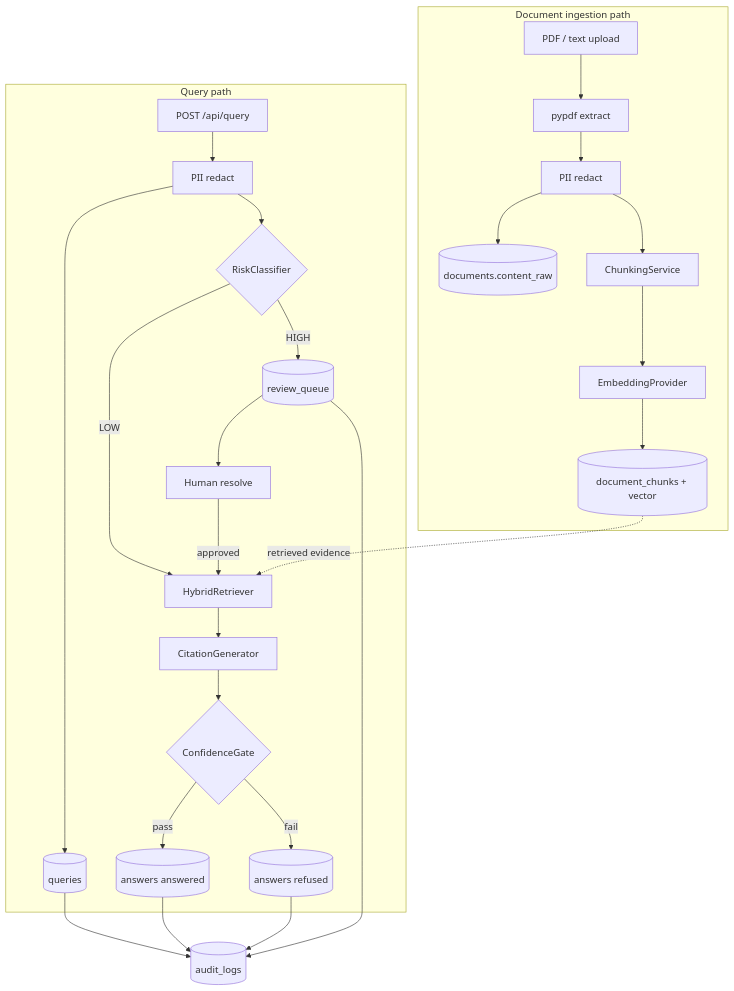
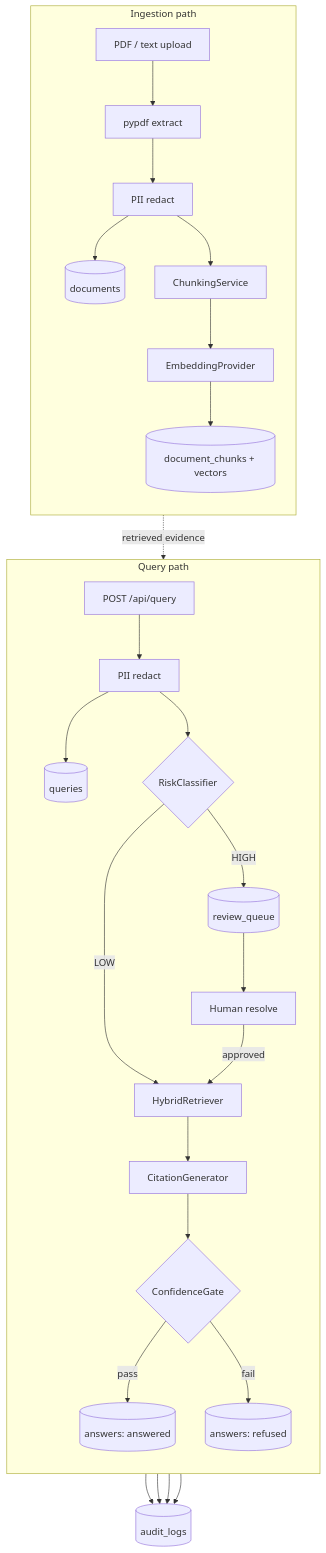
The second of 12 diagrams in interviewprep.md (cipheraxat/policyguard), drawn with Mermaid before and after one commit. The commit also changed other lines of this file, not shown here.

First line of the commit message:
Fix interview prep diagrams with reliable Mermaid flows.

````diff
--- a/interviewprep.md
+++ b/interviewprep.md
@@ -56,31 +66,33 @@
 ```mermaid
 flowchart TB
-    subgraph Ingest["Document ingestion path"]
-        PDF[PDF / text upload] --> EXTRACT[pypdf extract]
-        EXTRACT --> PII1[PII redact]
-        PII1 --> DOC[(documents.content_raw)]
-        PII1 --> CHUNK[ChunkingService]
-        CHUNK --> EMB[EmbeddingProvider]
-        EMB --> CHUNKS[(document_chunks + vector)]
+    subgraph INGEST["Ingestion path"]
+        direction TB
+        PDF["PDF / text upload"] --> EXTRACT["pypdf extract"]
+        EXTRACT --> PII1["PII redact"]
+        PII1 --> DOC[("documents")]
+        PII1 --> CHUNK["ChunkingService"]
+        CHUNK --> EMB["EmbeddingProvider"]
+        EMB --> CHUNKS[("document_chunks + vectors")]
     end
 
-    subgraph Query["Query path"]
-        Q[POST /api/query] --> PII2[PII redact]
-        PII2 --> QROW[(queries)]
-        PII2 --> RISK{RiskClassifier}
-        RISK -->|HIGH| REV[(review_queue)]
-        RISK -->|LOW| RET[HybridRetriever]
-        RET --> LLM[CitationGenerator]
-        LLM --> GATE{ConfidenceGate}
-        GATE -->|pass| ANS[(answers answered)]
-        GATE -->|fail| REF[(answers refused)]
-        REV --> HUMAN[Human resolve]
-        HUMAN -->|approved| RET
+    subgraph QUERY["Query path"]
+        direction TB
+        Q["POST /api/query"] --> PII2["PII redact"]
+        PII2 --> QROW[("queries")]
+        PII2 --> RISK{"RiskClassifier"}
+        RISK -->|"HIGH"| REV[("review_queue")]
+        RISK -->|"LOW"| RET["HybridRetriever"]
+        RET --> LLM["CitationGenerator"]
+        LLM --> GATE{"ConfidenceGate"}
+        GATE -->|"pass"| ANS[("answers: answered")]
+        GATE -->|"fail"| REF[("answers: refused")]
+        REV --> HUMAN["Human resolve"]
+        HUMAN -->|"approved"| RET
     end
 
-    CHUNKS -.->|retrieved evidence| RET
-    QROW --> AUDIT[(audit_logs)]
+    CHUNKS -.->|"retrieved evidence"| RET
+    QROW --> AUDIT[("audit_logs")]
     ANS --> AUDIT
     REF --> AUDIT
     REV --> AUDIT
 ```
````
